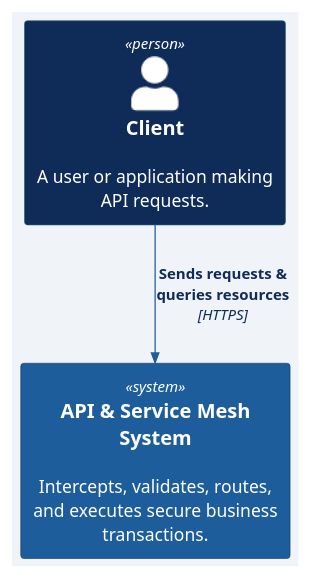
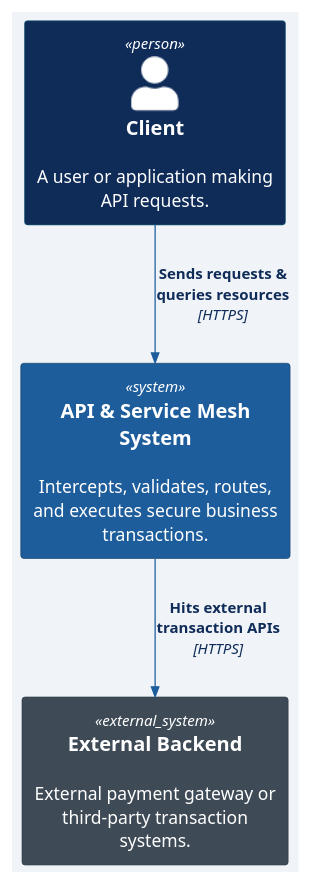
One commit to kiquetal/kiquetal.github.io changed the diagram in public/blog/2026-08-08-auth-ext-middleware/c1-context.puml. Above: the diagram before and after it, drawn with PlantUML. The commit also changed 1 other file, not shown here.

Commit message:
feat: enhance C4 diagrams with external backend system and transaction API interactions

```diff
--- a/public/blog/2026-08-08-auth-ext-middleware/c1-context.puml
+++ b/public/blog/2026-08-08-auth-ext-middleware/c1-context.puml
@@ -1,32 +1,39 @@
 @startuml
 !include <C4/C4_Context>
 
 skinparam backgroundcolor #F0F4F8
 skinparam DefaultFontName "Courier New"
 
 skinparam rectangle<<person>> {
     BackgroundColor #0F2C59
     FontColor #FFFFFF
     BorderColor #1A5F7A
 }
 skinparam rectangle<<external_person>> {
     BackgroundColor #3E4A56
     FontColor #FFFFFF
     BorderColor #2F3A44
 }
 skinparam rectangle<<system>> {
     BackgroundColor #1D5D9B
     FontColor #FFFFFF
     BorderColor #143F6B
 }
+skinparam rectangle<<external_system>> {
+    BackgroundColor #3E4A56
+    FontColor #FFFFFF
+    BorderColor #2F3A44
+}
 skinparam arrow {
     Color #1D5D9B
     FontColor #0F2C59
 }
 
 Person(client, "Client", "A user or application making API requests.")
 System(api_system, "API & Service Mesh System", "Intercepts, validates, routes, and executes secure business transactions.")
+System_Ext(ext_backend, "External Backend", "External payment gateway or third-party transaction systems.")
 
 Rel(client, api_system, "Sends requests & queries resources", "HTTPS")
+Rel(api_system, ext_backend, "Hits external transaction APIs", "HTTPS")
 
 @enduml
```
